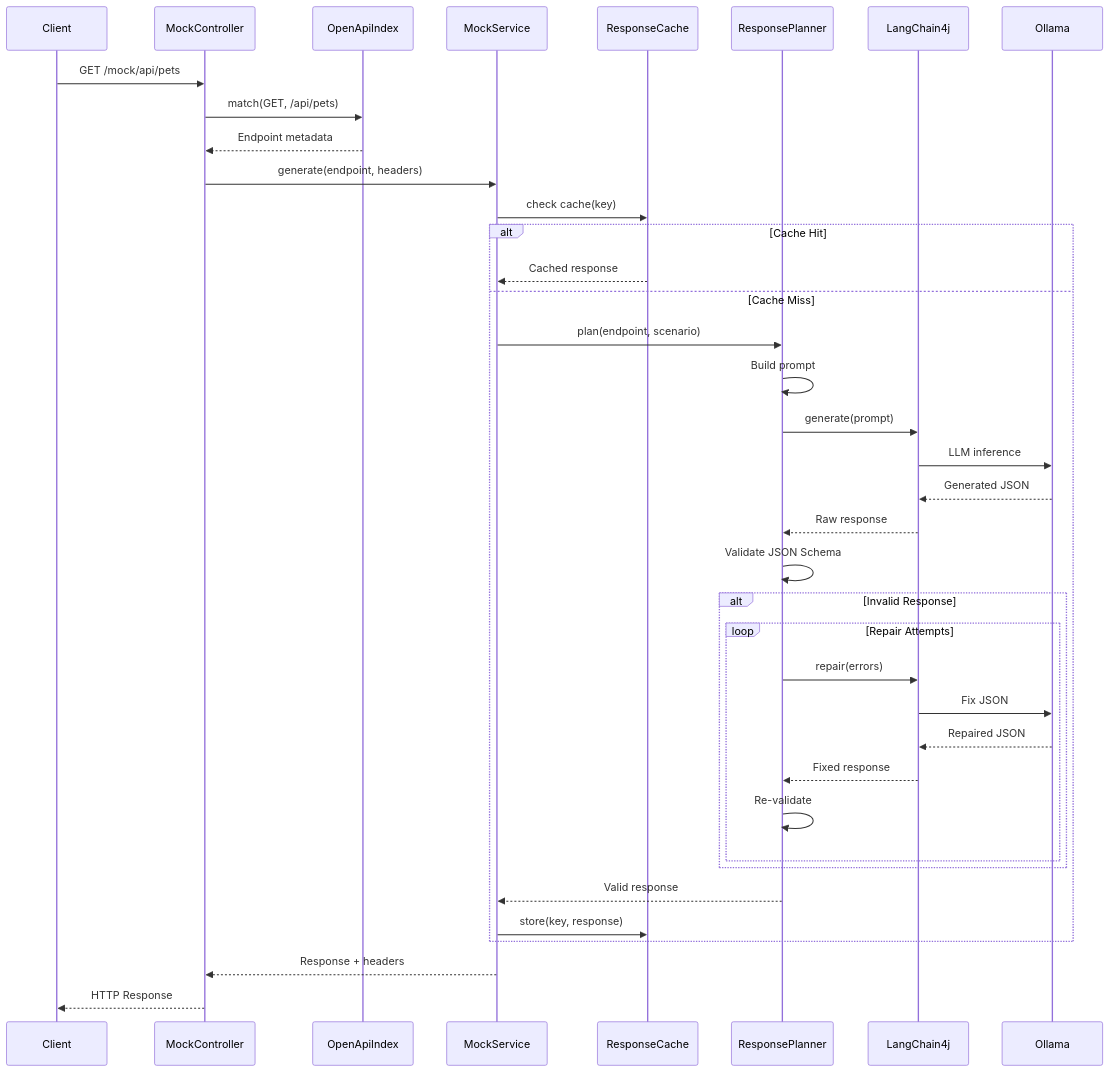
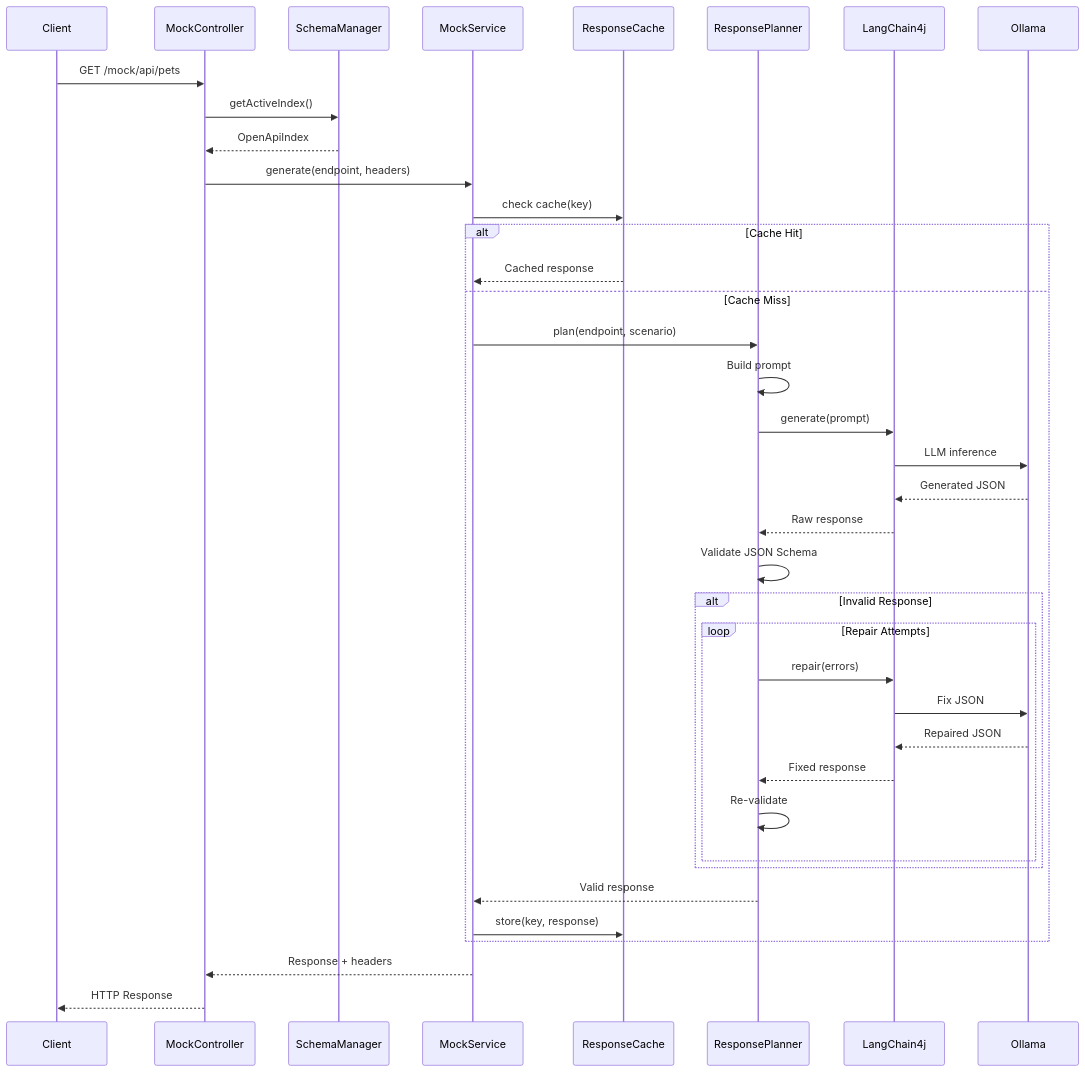
Before and after one commit to rokon12/smart-mock: the fourth of 11 diagrams in architecture-diagram.md, drawn with Mermaid. The commit also changed other lines of this file and 4 other files, not shown here.

````diff
--- a/architecture-diagram.md
+++ b/architecture-diagram.md
@@ -126,46 +126,46 @@
 ```mermaid
 sequenceDiagram
     participant Client
     participant MockController
-    participant OpenApiIndex
+    participant SchemaManager
     participant MockService
     participant ResponseCache
     participant ResponsePlanner
     participant LangChain4j
     participant Ollama
 
     Client->>MockController: GET /mock/api/pets
-    MockController->>OpenApiIndex: match(GET, /api/pets)
-    OpenApiIndex-->>MockController: Endpoint metadata
+    MockController->>SchemaManager: getActiveIndex()
+    SchemaManager-->>MockController: OpenApiIndex
     
     MockController->>MockService: generate(endpoint, headers)
     
     MockService->>ResponseCache: check cache(key)
     alt Cache Hit
         ResponseCache-->>MockService: Cached response
     else Cache Miss
         MockService->>ResponsePlanner: plan(endpoint, scenario)
         ResponsePlanner->>ResponsePlanner: Build prompt
         ResponsePlanner->>LangChain4j: generate(prompt)
         LangChain4j->>Ollama: LLM inference
         Ollama-->>LangChain4j: Generated JSON
         LangChain4j-->>ResponsePlanner: Raw response
         
         ResponsePlanner->>ResponsePlanner: Validate JSON Schema
         alt Invalid Response
             loop Repair Attempts
                 ResponsePlanner->>LangChain4j: repair(errors)
                 LangChain4j->>Ollama: Fix JSON
                 Ollama-->>LangChain4j: Repaired JSON
                 LangChain4j-->>ResponsePlanner: Fixed response
                 ResponsePlanner->>ResponsePlanner: Re-validate
             end
         end
         
         ResponsePlanner-->>MockService: Valid response
         MockService->>ResponseCache: store(key, response)
     end
     
     MockService-->>MockController: Response + headers
     MockController-->>Client: HTTP Response
 ```
````
